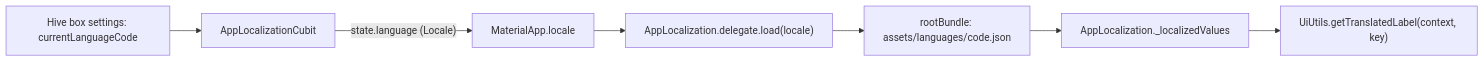
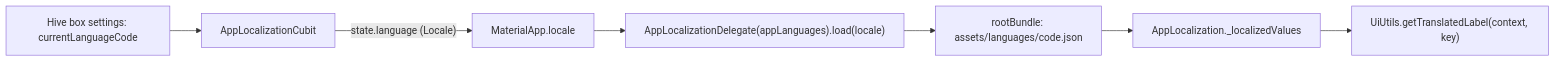
Before and after one commit to ShawnDaPrawn/Eschool: the diagram in wiki/Localization.md, drawn with Mermaid. The commit also changed other lines of this file and 388 other files, not shown here.

````diff
--- a/wiki/Localization.md
+++ b/wiki/Localization.md
@@ -26,9 +26,9 @@
 ```mermaid
 flowchart LR
     H["Hive box settings: currentLanguageCode"] --> C["AppLocalizationCubit"]
     C -->|"state.language (Locale)"| M["MaterialApp.locale"]
-    M --> D["AppLocalization.delegate.load(locale)"]
+    M --> D["AppLocalizationDelegate(appLanguages).load(locale)"]
     D --> J["rootBundle: assets/languages/code.json"]
     J --> L["AppLocalization._localizedValues"]
     L --> T["UiUtils.getTranslatedLabel(context, key)"]
 ```
````
